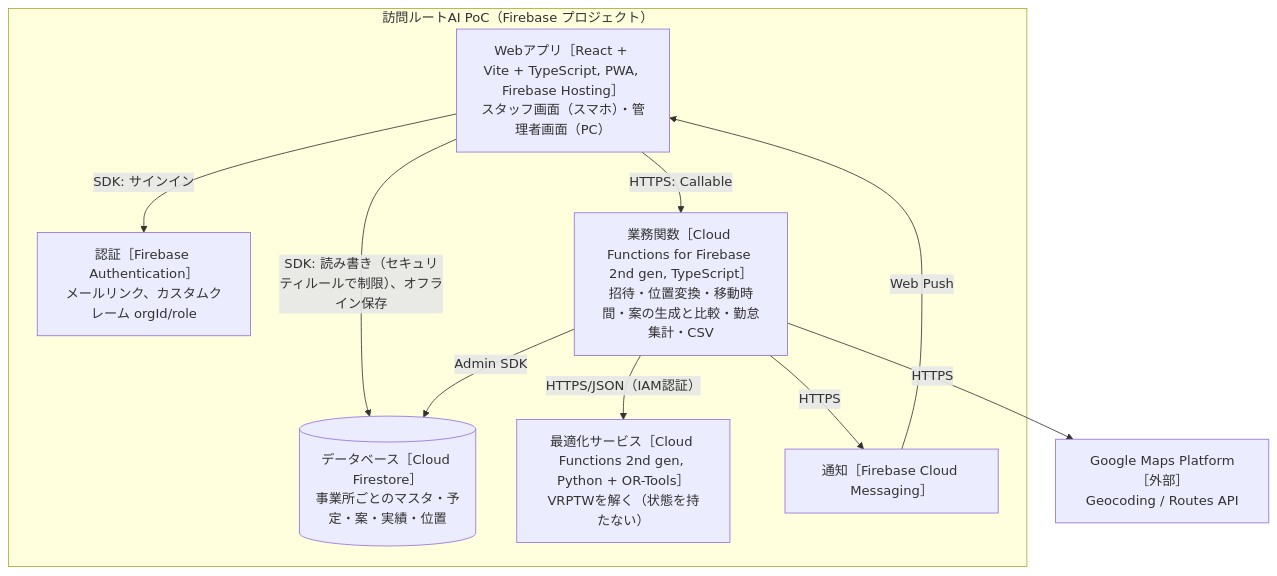
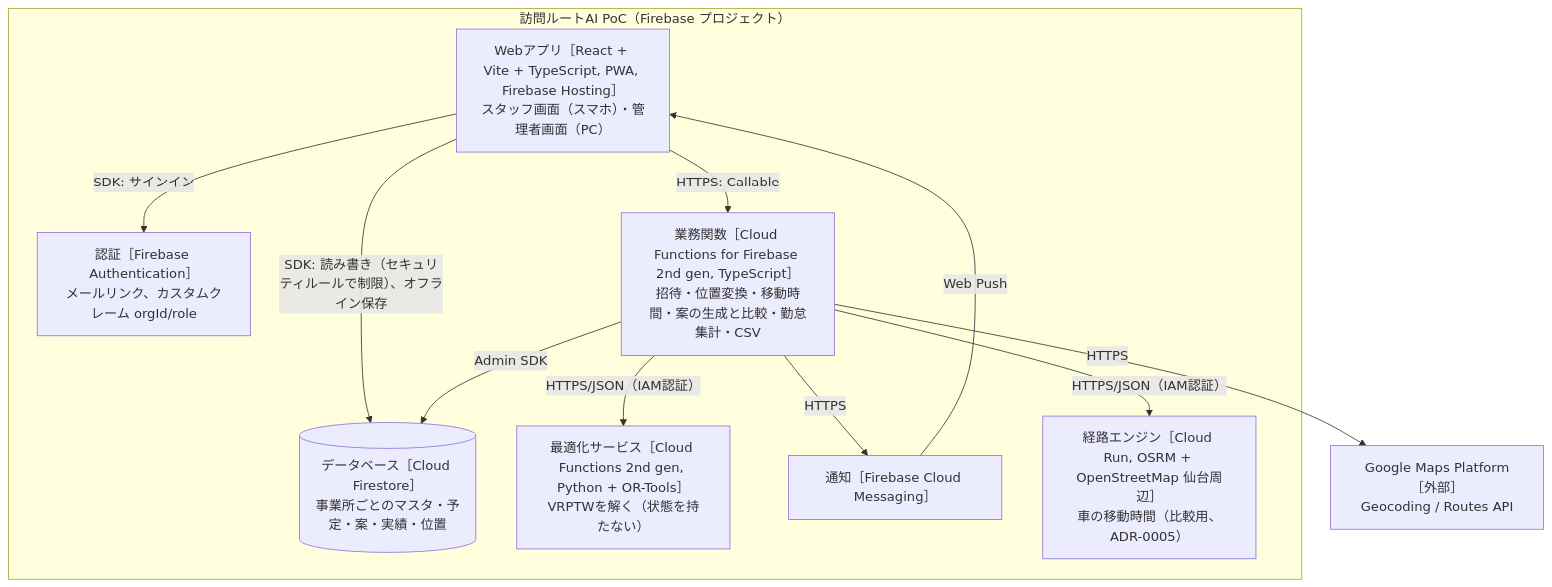
The second of 3 diagrams in docs/design.md (katahimo-dev/visit-route-poc), drawn with Mermaid before and after one commit. The commit also changed other lines of this file and 11 other files, not shown here.

First line of the commit message:
OSRM 仙台版を立て、実測区間で Google と並べて比べる準備（ADR-0005）

````diff
--- a/docs/design.md
+++ b/docs/design.md
@@ -49,20 +49,22 @@
 ```mermaid
 flowchart TB
   subgraph sys["訪問ルートAI PoC（Firebase プロジェクト）"]
     web["Webアプリ［React + Vite + TypeScript, PWA, Firebase Hosting］<br/>スタッフ画面（スマホ）・管理者画面（PC）"]
     auth["認証［Firebase Authentication］<br/>メールリンク、カスタムクレーム orgId/role"]
     db[("データベース［Cloud Firestore］<br/>事業所ごとのマスタ・予定・案・実績・位置")]
     fn["業務関数［Cloud Functions for Firebase 2nd gen, TypeScript］<br/>招待・位置変換・移動時間・案の生成と比較・勤怠集計・CSV"]
     opt["最適化サービス［Cloud Functions 2nd gen, Python + OR-Tools］<br/>VRPTWを解く（状態を持たない）"]
     fcm["通知［Firebase Cloud Messaging］"]
+    osrm["経路エンジン［Cloud Run, OSRM + OpenStreetMap 仙台周辺］<br/>車の移動時間（比較用、ADR-0005）"]
   end
   maps["Google Maps Platform［外部］<br/>Geocoding / Routes API"]
   web -->|SDK: サインイン| auth
   web -->|SDK: 読み書き（セキュリティルールで制限）、オフライン保存| db
   web -->|HTTPS: Callable| fn
   fn -->|Admin SDK| db
   fn -->|HTTPS/JSON（IAM認証）| opt
   fn -->|HTTPS| maps
+  fn -->|HTTPS/JSON（IAM認証）| osrm
   fn -->|HTTPS| fcm
   fcm -->|Web Push| web
 ```
````
